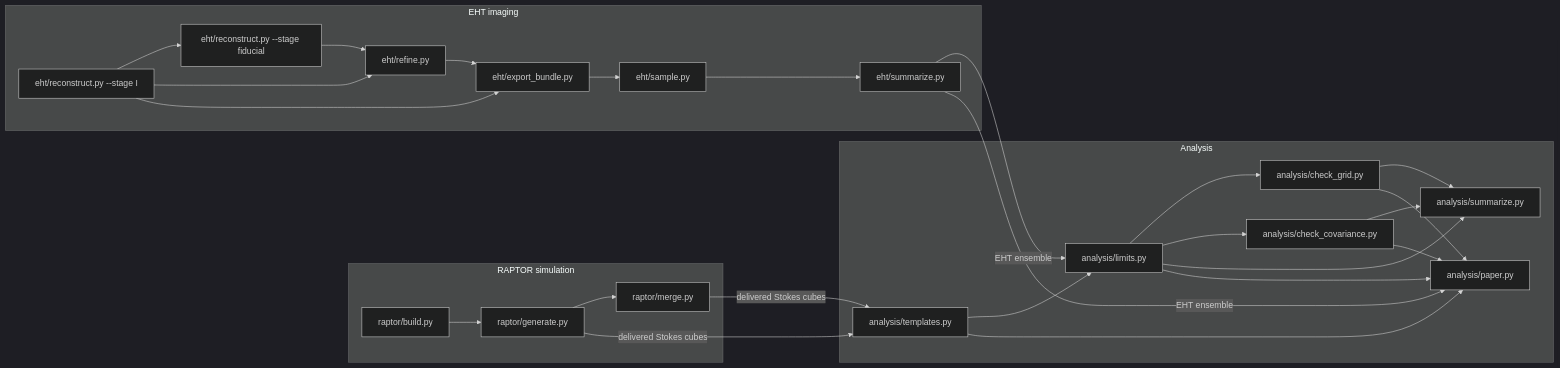
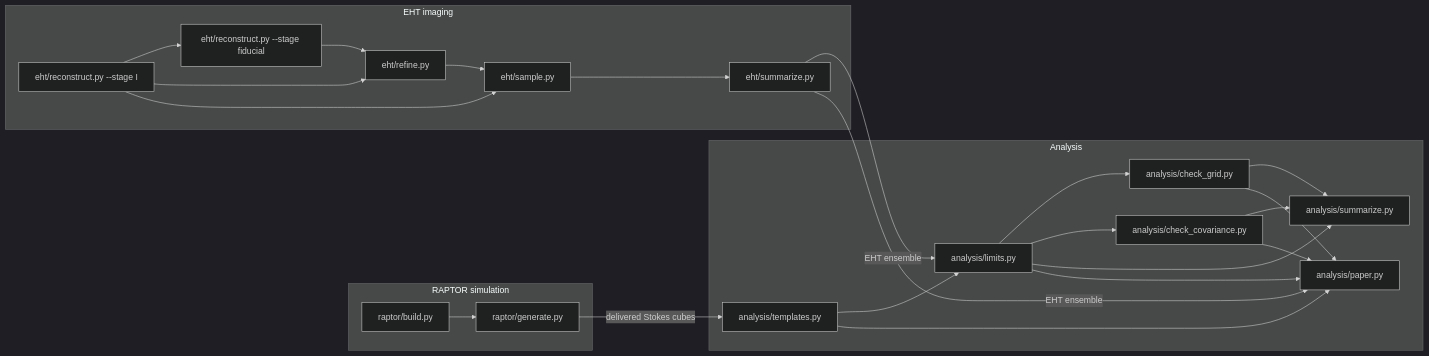
The diagram in docs/en/overview.md (ProjectEHT-PKU/EHT-axion-pixel-by-pixel-analysis), drawn with Mermaid (dark theme) before and after one commit. The commit also changed other lines of this file and 44 other files, not shown here.

Commit message:
Single-machine pipeline: RAPTOR run in raptor/ (plan.json, build, jobs, delivered/res-*), no merge, requests or run roots; EHT Monte Carlo reads the I and refine stages directly (no bundle); field-rotation coefficients in experiment.yaml

````diff
--- a/docs/en/overview.md
+++ b/docs/en/overview.md
@@ -16,32 +16,29 @@
 ```mermaid
 flowchart LR
   subgraph RAPTOR["RAPTOR simulation"]
     RB["raptor/build.py"] --> RG["raptor/generate.py"]
-    RG --> RM["raptor/merge.py"]
   end
   subgraph EHT["EHT imaging"]
     EI["eht/reconstruct.py --stage I"] --> EF["eht/reconstruct.py --stage fiducial"]
     EF --> ER["eht/refine.py"]
     EI --> ER
-    ER --> EB["eht/export_bundle.py"]
-    EI --> EB
-    EB --> ES["eht/sample.py"]
+    ER --> ES["eht/sample.py"]
+    EI --> ES
     ES --> EM["eht/summarize.py"]
   end
   subgraph AN["Analysis"]
     AT["analysis/templates.py"] --> AL["analysis/limits.py"]
     AL --> AG["analysis/check_grid.py"]
     AL --> AC["analysis/check_covariance.py"]
     AL --> AS["analysis/summarize.py"]
     AG --> AS
     AC --> AS
     AT --> AP["analysis/paper.py"]
     AL --> AP
     AG --> AP
     AC --> AP
   end
-  RM -- "delivered Stokes cubes" --> AT
   RG -- "delivered Stokes cubes" --> AT
   EM -- "EHT ensemble" --> AL
   EM -- "EHT ensemble" --> AP
 ```
````
